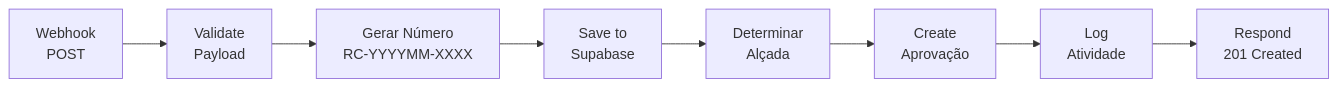
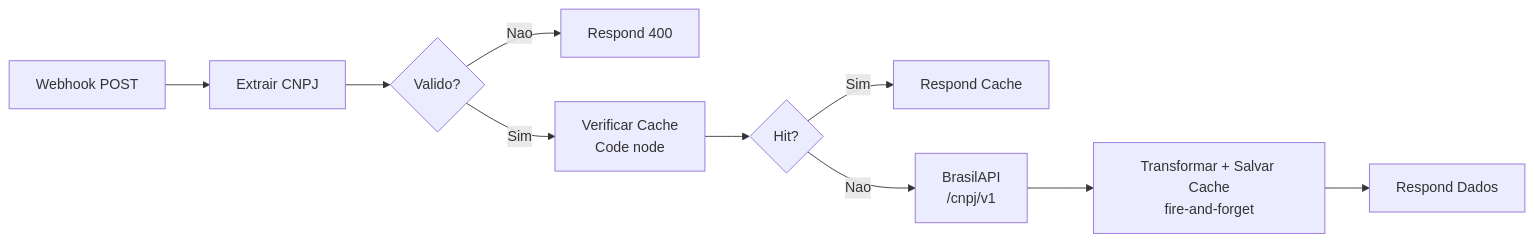
Before and after one commit to leandroteg/teg-plus: the second of 11 diagrams in docs/obsidian/10 - n8n Workflows.md, drawn with Mermaid. The commit also changed other lines of this file and 1 other file, not shown here.

First line of the commit message:
docs: atualizar Obsidian com schema completo e workflows n8n

````diff
--- a/docs/obsidian/10 - n8n Workflows.md
+++ b/docs/obsidian/10 - n8n Workflows.md
@@ -47,10 +159,12 @@
 ```mermaid
 flowchart LR
-    W[Webhook\nPOST] --> V[Validate\nPayload]
-    V --> GN[Gerar Número\nRC-YYYYMM-XXXX]
-    GN --> SI[Save to\nSupabase]
-    SI --> DA[Determinar\nAlçada]
-    DA --> CA[Create\nAprovação]
-    CA --> LOG[Log\nAtividade]
-    LOG --> R[Respond\n201 Created]
+    W[Webhook POST] --> EX[Extrair CNPJ]
+    EX --> V{Valido?}
+    V -->|Nao| ERR[Respond 400]
+    V -->|Sim| CC[Verificar Cache\nCode node]
+    CC --> TC{Hit?}
+    TC -->|Sim| RC[Respond Cache]
+    TC -->|Nao| BA[BrasilAPI\n/cnpj/v1]
+    BA --> TS[Transformar + Salvar Cache\nfire-and-forget]
+    TS --> RA[Respond Dados]
 ```
````
